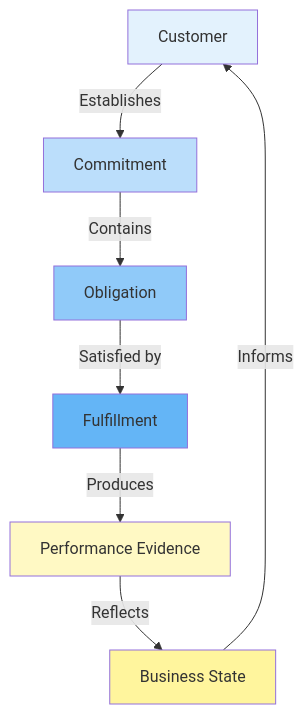
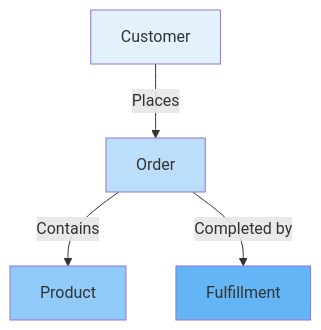
One commit to Evilazaro/Azure-LogicApps-Monitoring changed the seventh of 7 diagrams in docs/architecture/01-business-architecture.md. Above: the diagram before and after it, drawn with Mermaid. The commit also changed other lines of this file, not shown here.

Commit message:
Refactor Business Architecture document: update terminology and definitions to enhance clarity in order management and fulfillment processes

````diff
--- a/docs/architecture/01-business-architecture.md
+++ b/docs/architecture/01-business-architecture.md
@@ -414,16 +279,11 @@
 ```mermaid
 graph TB
-    Customer -->|Establishes| Commitment
-    Commitment -->|Contains| Obligation
-    Obligation -->|Satisfied by| Fulfillment
-    Fulfillment -->|Produces| PerformanceEvidence[Performance Evidence]
-    PerformanceEvidence -->|Reflects| BusinessState[Business State]
-    BusinessState -->|Informs| Customer
+    Customer -->|Places| Order
+    Order -->|Contains| Product
+    Order -->|Completed by| Fulfillment
 
     style Customer fill:#e3f2fd
-    style Commitment fill:#bbdefb
-    style Obligation fill:#90caf9
+    style Order fill:#bbdefb
+    style Product fill:#90caf9
     style Fulfillment fill:#64b5f6
-    style PerformanceEvidence fill:#fff9c4
-    style BusinessState fill:#fff59d
 ```
````
